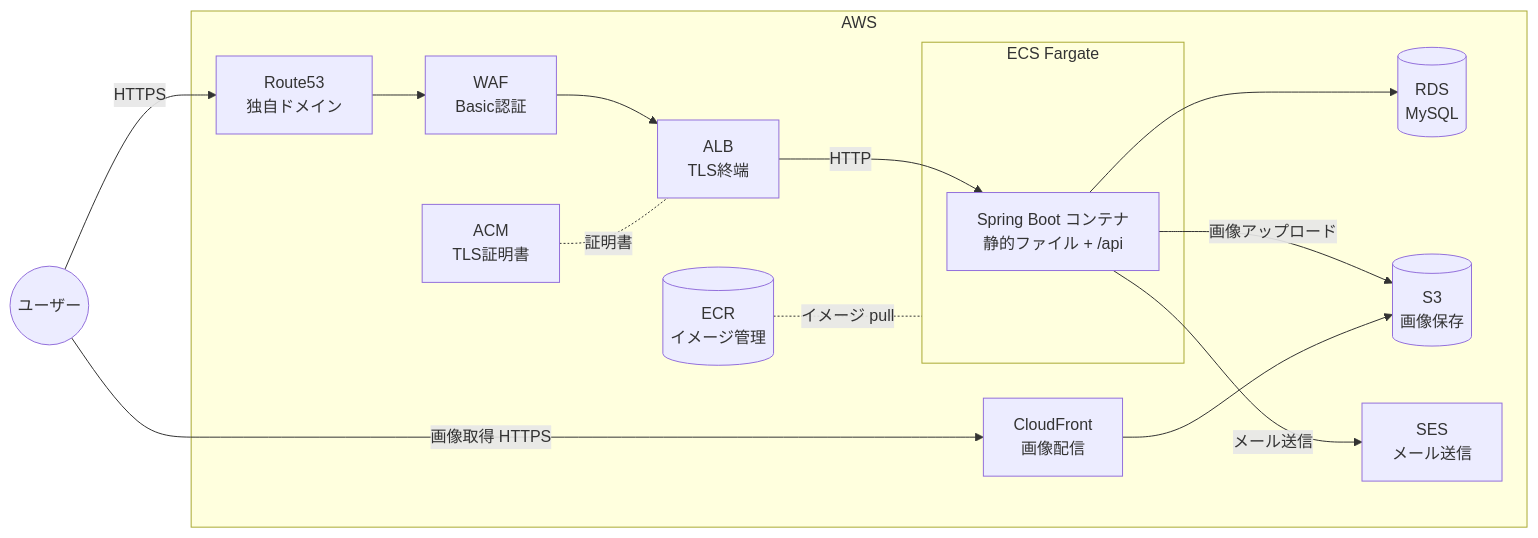
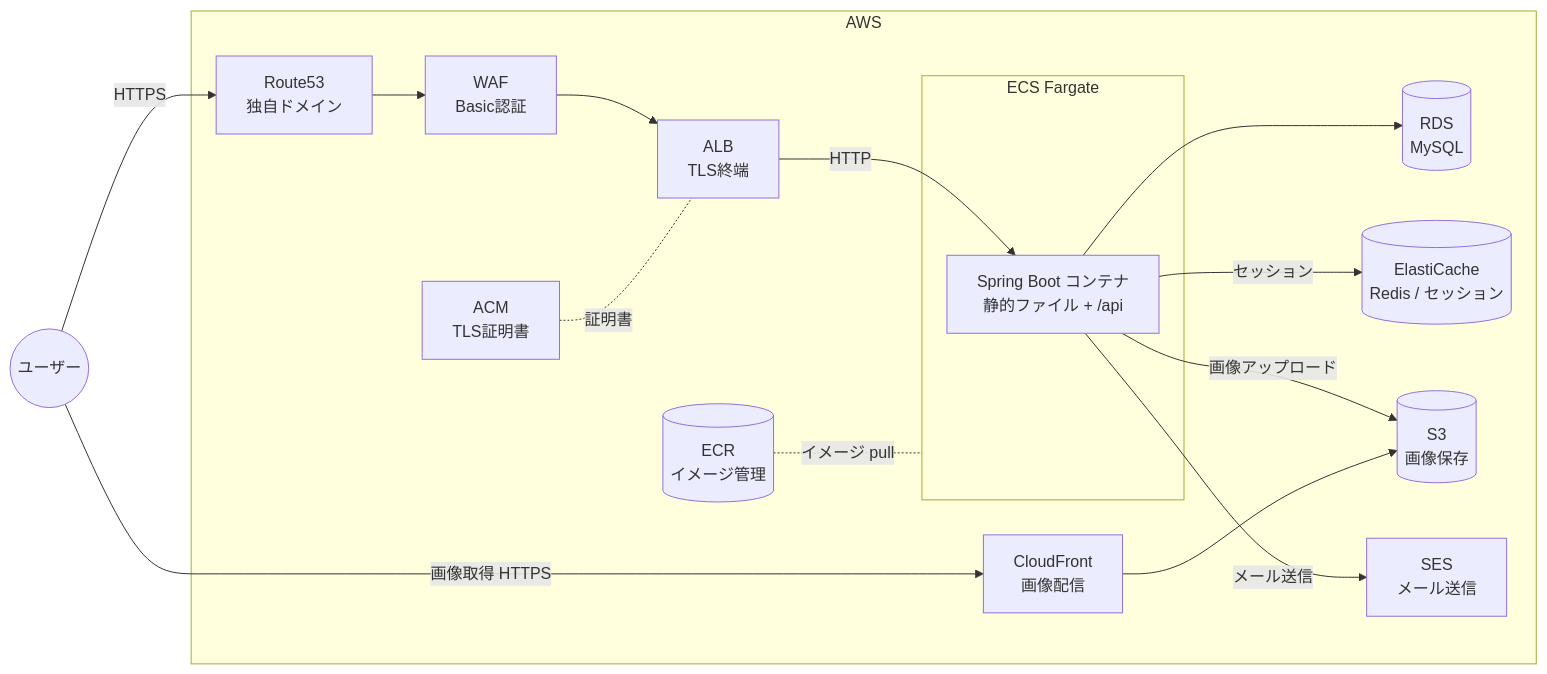
The diagram in docs/infrastructure/README.md (0000masa/nuxt-java-practice), drawn with Mermaid before and after one commit. The commit also changed other lines of this file and 2 other files, not shown here.

First line of the commit message:
docs: フェーズ18(Redis)を開発環境・インフラ・学習ノートに反映する

````diff
--- a/docs/infrastructure/README.md
+++ b/docs/infrastructure/README.md
@@ -17,31 +17,33 @@
 ```mermaid
 flowchart LR
     User((ユーザー))
 
     subgraph AWS
         R53[Route53<br/>独自ドメイン]
         ACM[ACM<br/>TLS証明書]
         WAF[WAF<br/>Basic認証]
         ALB[ALB<br/>TLS終端]
         subgraph ECS[ECS Fargate]
             App[Spring Boot コンテナ<br/>静的ファイル + /api]
         end
         RDS[(RDS<br/>MySQL)]
+        EC[(ElastiCache<br/>Redis / セッション)]
         S3[(S3<br/>画像保存)]
         CF[CloudFront<br/>画像配信]
         SES[SES<br/>メール送信]
         ECR[(ECR<br/>イメージ管理)]
     end
 
     User -->|HTTPS| R53
     R53 --> WAF
     WAF --> ALB
     ACM -.証明書.- ALB
     ALB -->|HTTP| App
     App --> RDS
+    App -->|セッション| EC
     App -->|画像アップロード| S3
     App -->|メール送信| SES
     User -->|画像取得 HTTPS| CF
     CF --> S3
     ECR -.イメージ pull.- ECS
 ```
````
